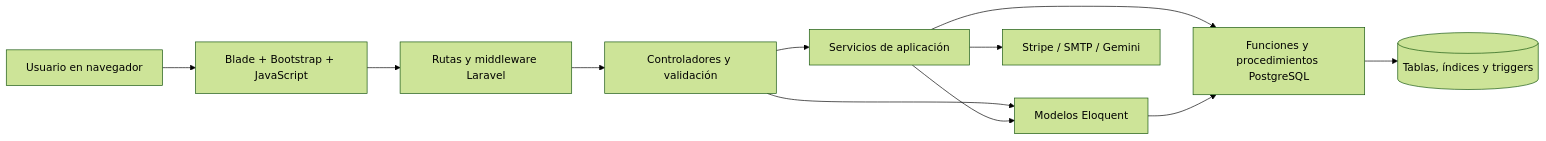
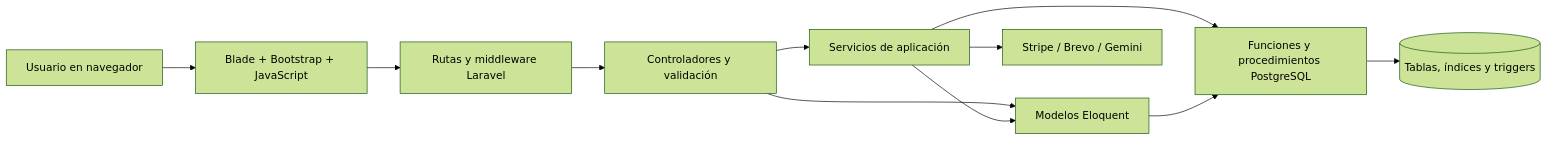
One commit to WildDeveloper-404/vida-nuevamente-segura changed the first of 3 diagrams in docs/ARQUITECTURA_Y_DISENO.md. Above: the diagram before and after it, drawn with Mermaid (forest theme). The commit also changed other lines of this file and 50 other files, not shown here.

````diff
--- a/docs/ARQUITECTURA_Y_DISENO.md
+++ b/docs/ARQUITECTURA_Y_DISENO.md
@@ -36,13 +36,13 @@
 ```mermaid
 flowchart LR
     U[Usuario en navegador] --> V[Blade + Bootstrap + JavaScript]
     V --> R[Rutas y middleware Laravel]
     R --> C[Controladores y validación]
     C --> S[Servicios de aplicación]
     C --> M[Modelos Eloquent]
     S --> M
     S --> P[Funciones y procedimientos PostgreSQL]
     M --> P
     P --> D[(Tablas, índices y triggers)]
-    S --> E[Stripe / SMTP / Gemini]
+    S --> E[Stripe / Brevo / Gemini]
 ```
````
